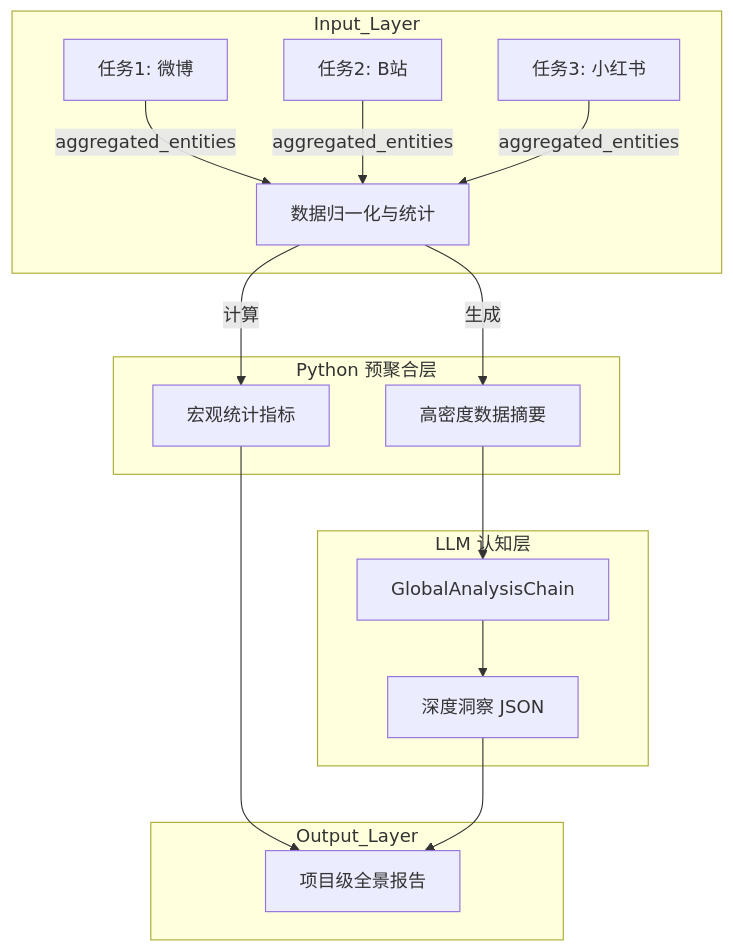
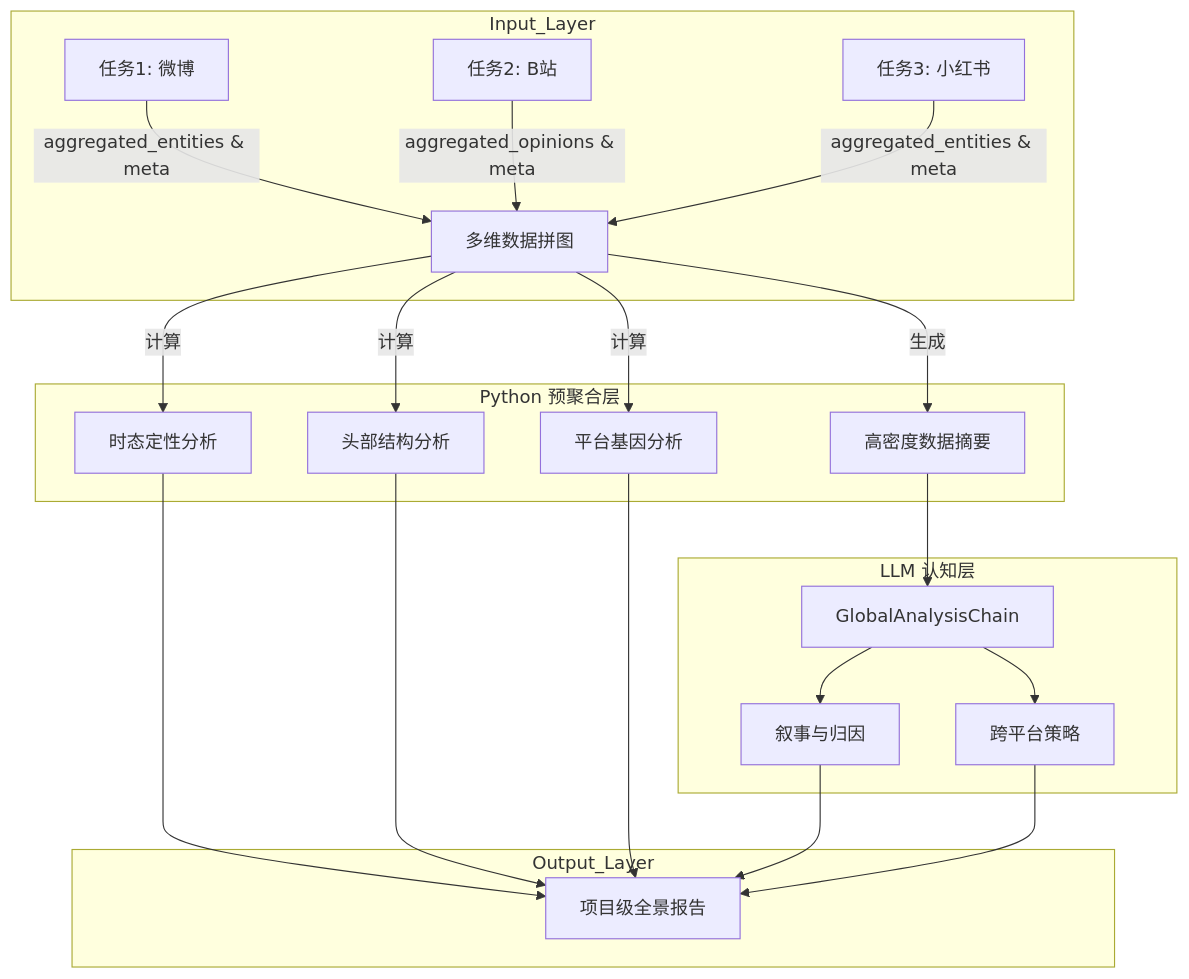
The diagram in docs/analysis_design/ANALYSIS_SYSTEM_MASTER_DESIGN.md (shrekshrek/social-insights-hub), drawn with Mermaid before and after one commit. The commit also changed other lines of this file and 2 other files, not shown here.

````diff
--- a/docs/analysis_design/ANALYSIS_SYSTEM_MASTER_DESIGN.md
+++ b/docs/analysis_design/ANALYSIS_SYSTEM_MASTER_DESIGN.md
@@ -15,22 +15,25 @@
 ```mermaid
 graph TD
     subgraph Input_Layer
-    T1[任务1: 微博] --> |aggregated_entities| PreAgg
-    T2[任务2: B站] --> |aggregated_entities| PreAgg
-    T3[任务3: 小红书] --> |aggregated_entities| PreAgg
+    T1[任务1: 微博] --> |aggregated_entities & meta| PreAgg
+    T2[任务2: B站] --> |aggregated_opinions & meta| PreAgg
+    T3[任务3: 小红书] --> |aggregated_entities & meta| PreAgg
     end
 
     subgraph Processing_Layer [Python 预聚合层]
-    PreAgg[数据归一化与统计] --> |生成| Context[高密度数据摘要]
-    PreAgg --> |计算| Metrics[宏观统计指标]
+    PreAgg[多维数据拼图] --> |计算| Temporal[时态定性分析]
+    PreAgg --> |计算| Structure[头部结构分析]
+    PreAgg --> |计算| DNA[平台基因分析]
+    PreAgg --> |生成| Context[高密度数据摘要]
     end
 
     subgraph Cognitive_Layer [LLM 认知层]
     Context --> Chain[GlobalAnalysisChain]
-    Chain --> Insights[深度洞察 JSON]
+    Chain --> Narrative[叙事与归因]
+    Chain --> Strategy[跨平台策略]
     end
 
     subgraph Output_Layer
-    Metrics & Insights --> Report[项目级全景报告]
+    Temporal & Structure & DNA & Narrative & Strategy --> Report[项目级全景报告]
     end
 ```
````
